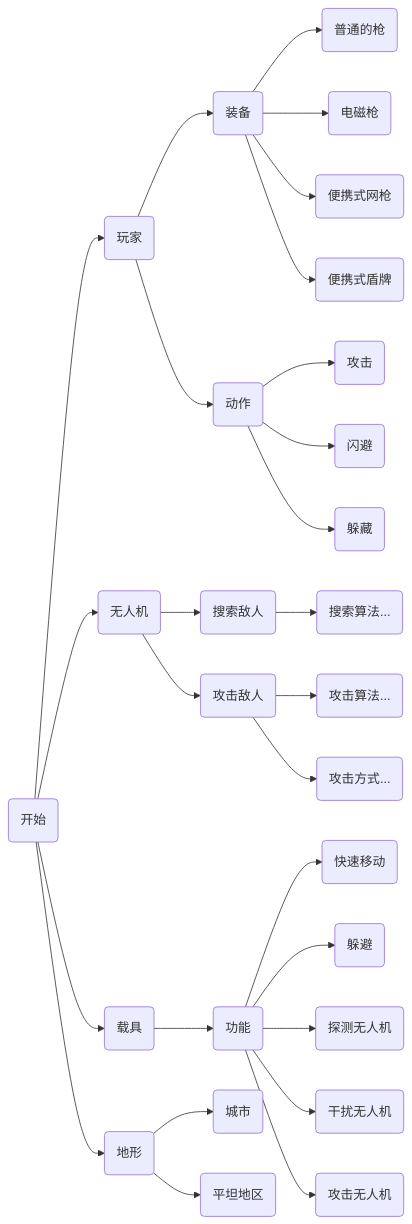
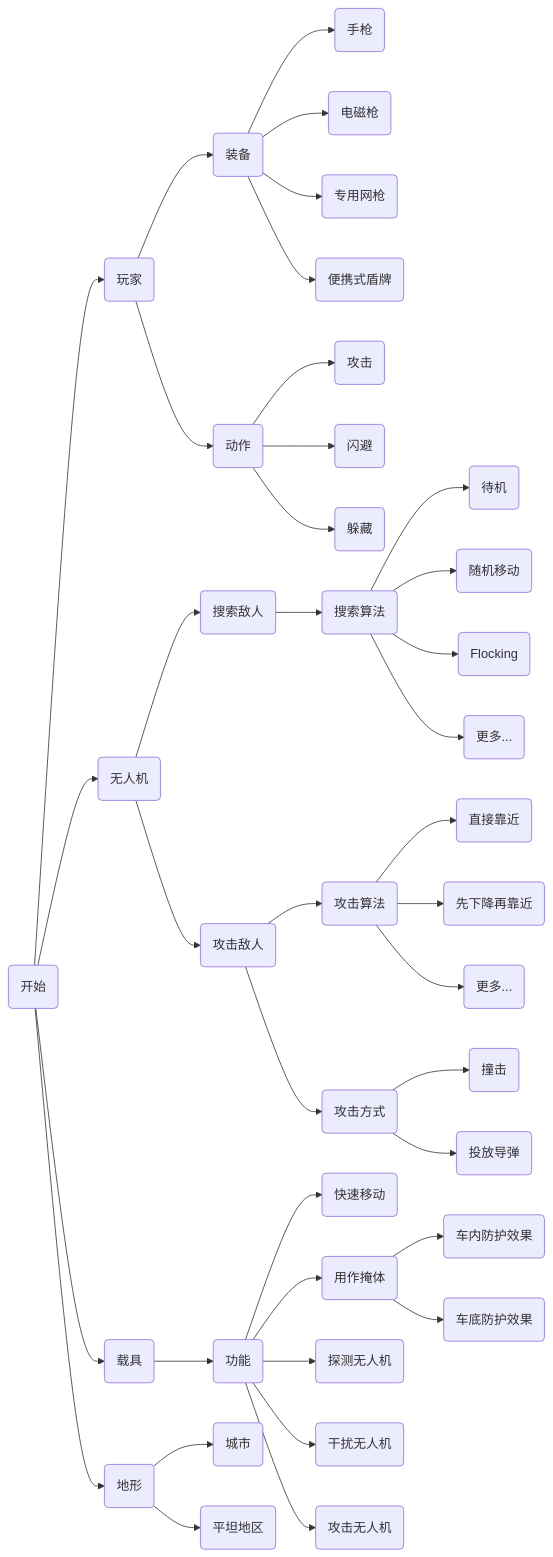
Before and after one commit to hby-star/AntiDroneSimulator: the diagram in Note.md, drawn with Mermaid.

Commit message:
docs: update note

````diff
--- a/Note.md
+++ b/Note.md
@@ -3,67 +3,75 @@
 ```mermaid
 flowchart LR
 	Start(开始)
 	Start --> Player
 	Start --> Drone
 	Start --> Vehicle
 	Start --> Terrain
 	
 	Player(玩家)
 	Player --> Equipment
 	Player --> Action
 	
 	Drone(无人机)
 	Drone --> Serach
 	Drone --> Attack
 	
 	Vehicle(载具)
 	Vehicle --> Function
 
 	Terrain(地形)
 	Terrain --> City
 	Terrain --> Flat
 
 	Equipment(装备)
-	GeneralGun(普通的枪)
+	GeneralGun(手枪)
 	EMPGun(电磁枪)
-	SkyWallGun(便携式网枪)
+	SkyWallGun(专用网枪)
 	Shield(便携式盾牌)	
 	Equipment --> GeneralGun
 	Equipment --> EMPGun
 	Equipment --> SkyWallGun
 	Equipment --> Shield
 	
-
 	Action(动作)
 	PlayerAttack(攻击)
 	PlayerEvade(闪避)
 	PlayerHide(躲藏)
 	Action --> PlayerAttack
 	Action --> PlayerEvade
 	Action --> PlayerHide
 	
 	Serach(搜索敌人)
-	Serach --> SerachAlg(搜索算法...)
-
+	Serach --> SerachAlg(搜索算法)
+	SerachAlg --> Stay(待机)
+	SerachAlg --> RandomMove(随机移动)
+	SerachAlg --> Flocking(Flocking)
+	SerachAlg --> More1(更多...)
 	
 	Attack(攻击敌人)
-	Attack --> AttackAlg(攻击算法...)
-	Attack --> AttackFunc(攻击方式...)
-	
+	Attack --> AttackAlg(攻击算法)
+	Attack --> AttackMethod(攻击方式)
+	AttackAlg --> forward(直接靠近)
+	AttackAlg --> down(先下降再靠近)
+	AttackAlg --> More(更多...)
+	AttackMethod --> hit(撞击)
+	AttackMethod --> bomb(投放导弹)
 	
 	Function(功能)
 	ForMove(快速移动)
-	ForHide(躲避)
+	ForHide(用作掩体)
 	ForSerach(探测无人机)
 	ForDisturb(干扰无人机)
 	ForAttack(攻击无人机)
 	Function --> ForMove
 	Function --> ForHide
 	Function --> ForSerach
 	Function --> ForDisturb
 	Function --> ForAttack
+	ForHide --> InCar(车内防护效果)
+	ForHide --> BehindCar(车底防护效果)
 	
 	City(城市)
 	Flat(平坦地区)
 		
 ```
````
